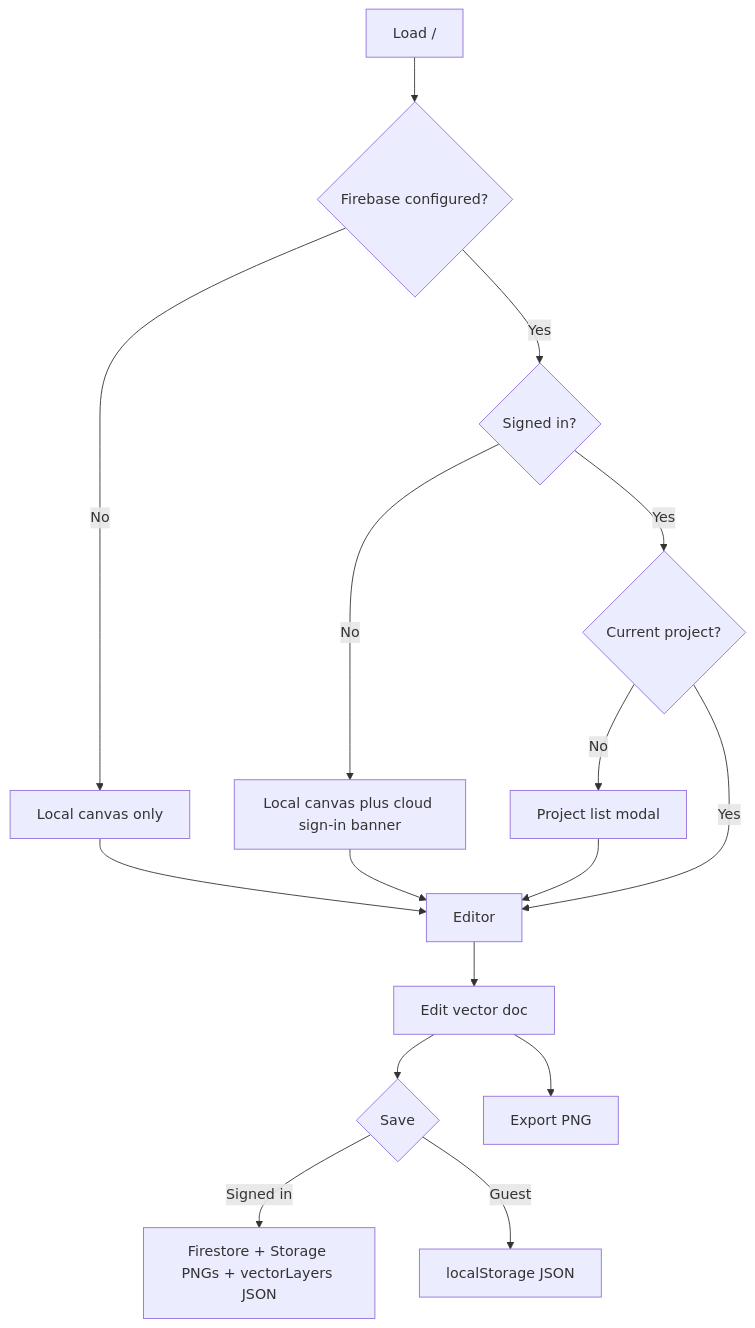
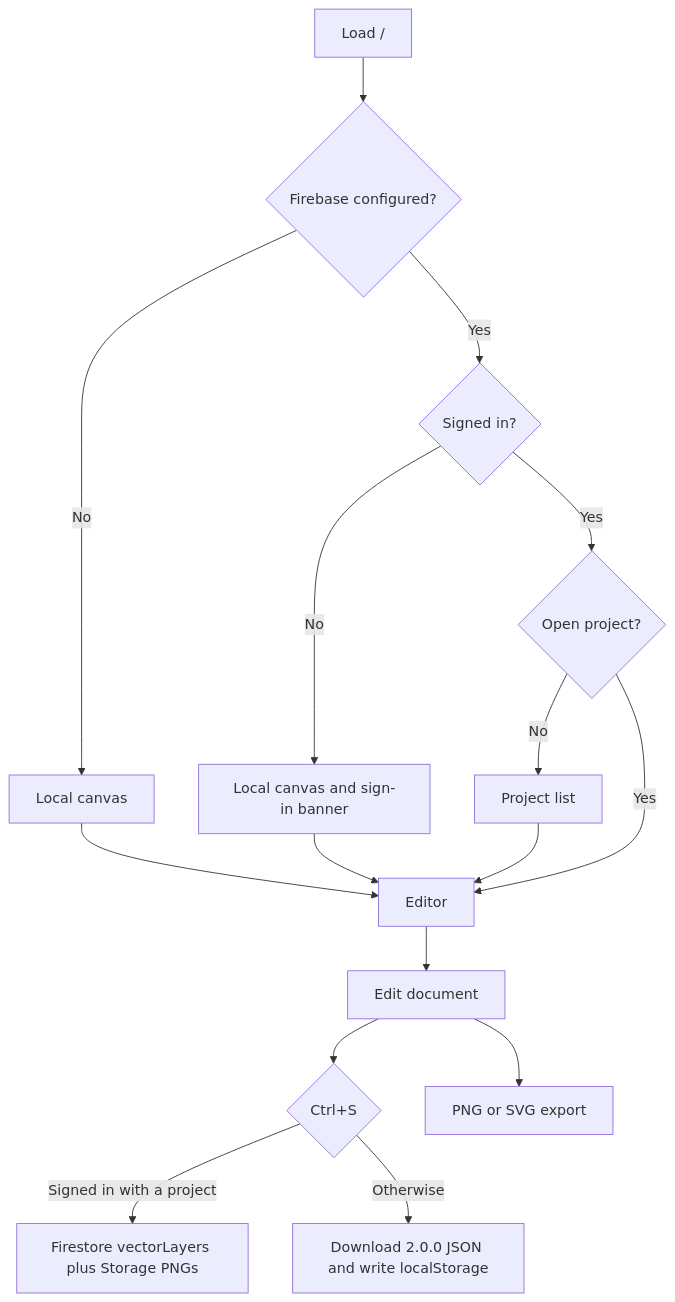
Before and after one commit to brown2020/openpaint: the diagram in spec.md, drawn with Mermaid. The commit also changed other lines of this file and 12 other files, not shown here.

First line of the commit message:
chore: refresh dependencies and download local saves

````diff
--- a/spec.md
+++ b/spec.md
@@ -88,18 +83,18 @@
 ```mermaid
 flowchart TD
   A[Load /] --> B{Firebase configured?}
-  B -->|No| C[Local canvas only]
+  B -->|No| C[Local canvas]
   B -->|Yes| D{Signed in?}
-  D -->|No| E[Local canvas plus cloud sign-in banner]
-  D -->|Yes| F{Current project?}
-  F -->|No| G[Project list modal]
+  D -->|No| E[Local canvas and sign-in banner]
+  D -->|Yes| F{Open project?}
+  F -->|No| G[Project list]
   F -->|Yes| H[Editor]
   G --> H
   C --> H
   E --> H
-  H --> I[Edit vector doc]
-  I --> J{Save}
-  J -->|Signed in| K[Firestore + Storage PNGs + vectorLayers JSON]
-  J -->|Guest| L[localStorage JSON]
-  I --> M[Export PNG]
+  H --> I[Edit document]
+  I --> J{Ctrl+S}
+  J -->|Signed in with a project| K[Firestore vectorLayers plus Storage PNGs]
+  J -->|Otherwise| L[Download 2.0.0 JSON and write localStorage]
+  I --> M[PNG or SVG export]
 ```
````
